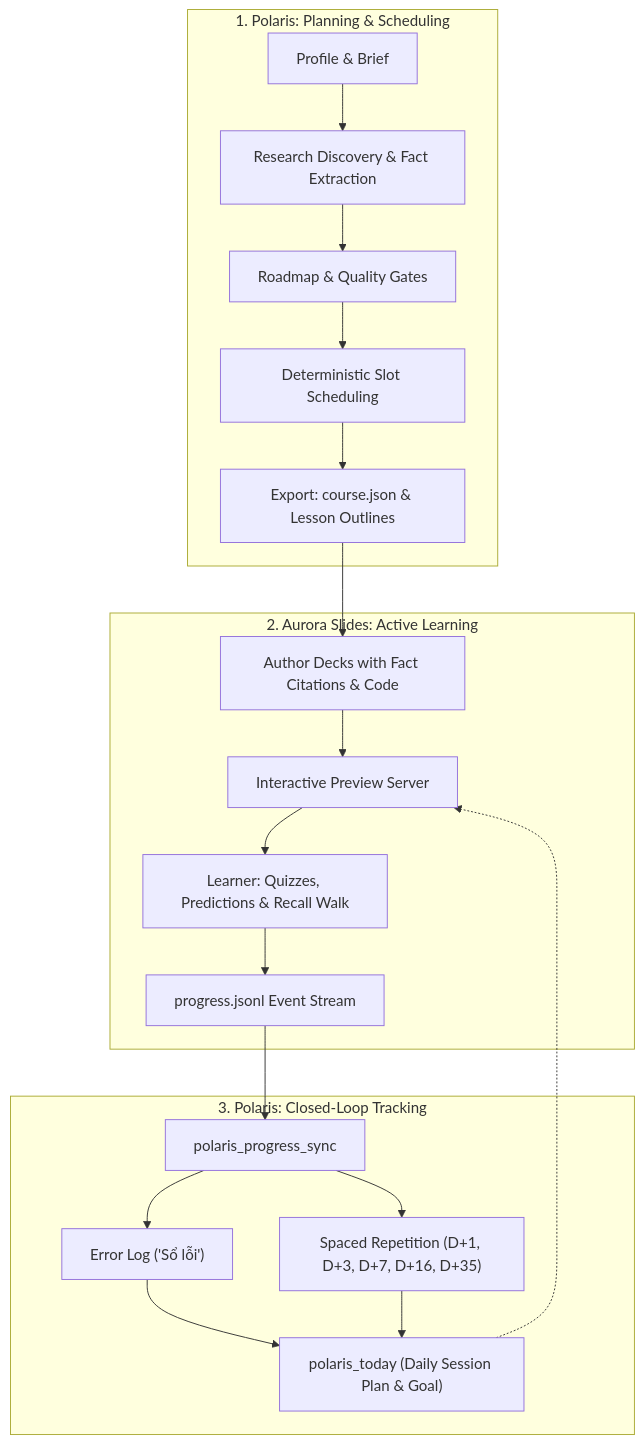
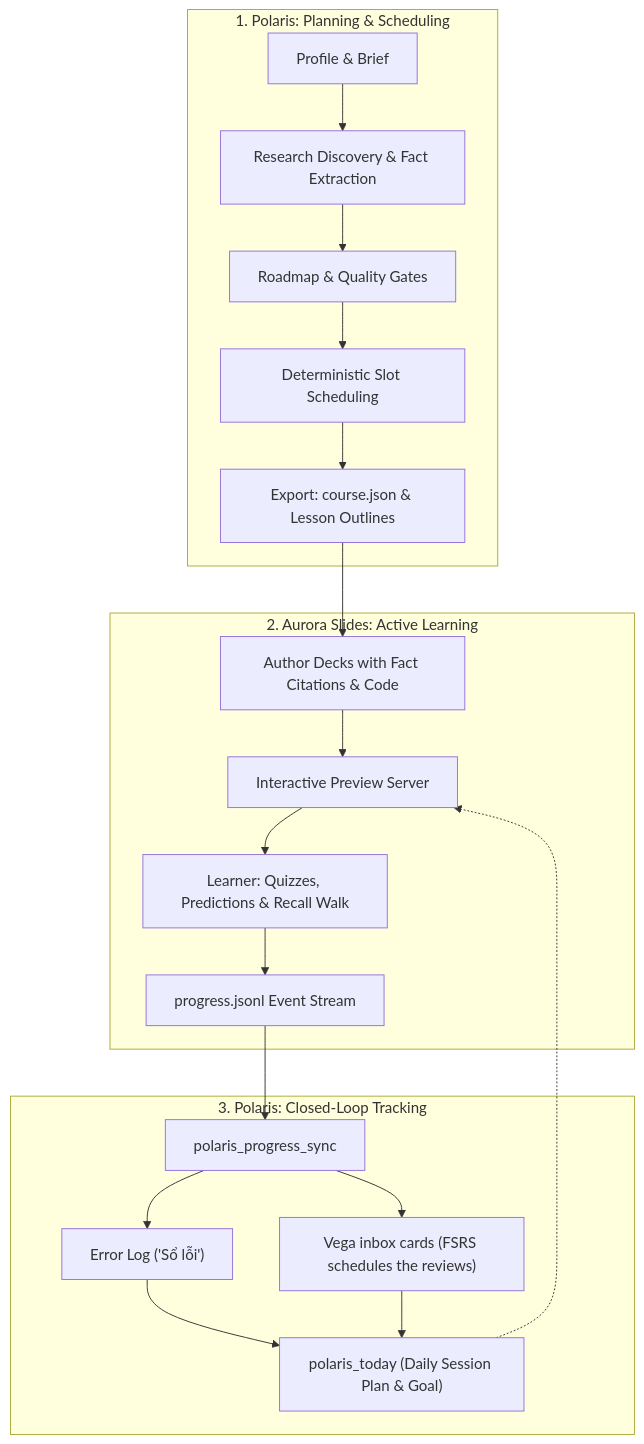
Before and after one commit to DuongNAD/polaris-mcp: the diagram in README.md, drawn with Mermaid. The commit also changed other lines of this file and 17 other files, not shown here.

First line of the commit message:
Polaris 0.4.0: spaced reviews go to Vega's card inbox; the error log stays in Polaris

````diff
--- a/README.md
+++ b/README.md
@@ -114,26 +141,26 @@
 ```mermaid
 flowchart TD
   subgraph Polaris_Planning ["1. Polaris: Planning & Scheduling"]
     P1["Profile & Brief"] --> P2["Research Discovery & Fact Extraction"]
     P2 --> P3["Roadmap & Quality Gates"]
     P3 --> P4["Deterministic Slot Scheduling"]
     P4 --> P5["Export: course.json & Lesson Outlines"]
   end
 
   subgraph Aurora_Learning ["2. Aurora Slides: Active Learning"]
     A1["Author Decks with Fact Citations & Code"] --> A2["Interactive Preview Server"]
     A2 --> A3["Learner: Quizzes, Predictions & Recall Walk"]
     A3 --> A4["progress.jsonl Event Stream"]
   end
 
   subgraph Polaris_Loop ["3. Polaris: Closed-Loop Tracking"]
     L1["polaris_progress_sync"] --> L2["Error Log ('Sổ lỗi')"]
-    L1 --> L3["Spaced Repetition (D+1, D+3, D+7, D+16, D+35)"]
+    L1 --> L3["Vega inbox cards (FSRS schedules the reviews)"]
     L2 --> L4["polaris_today (Daily Session Plan & Goal)"]
     L3 --> L4
   end
 
   P5 --> A1
   A4 --> L1
   L4 -.-> A2
 ```
````
